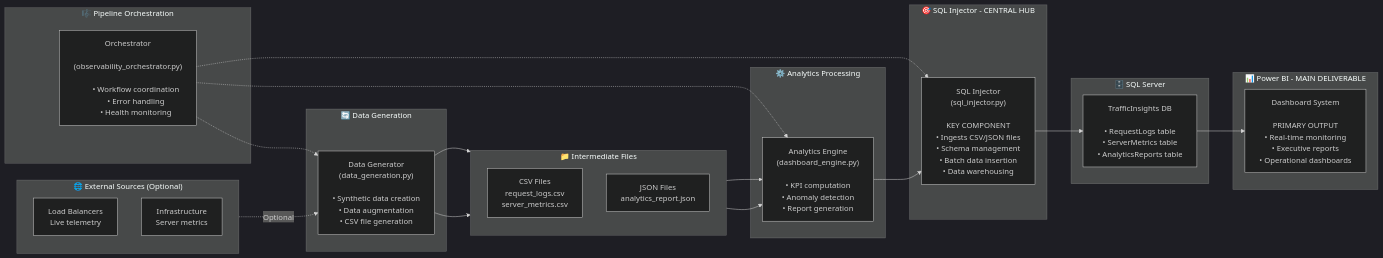
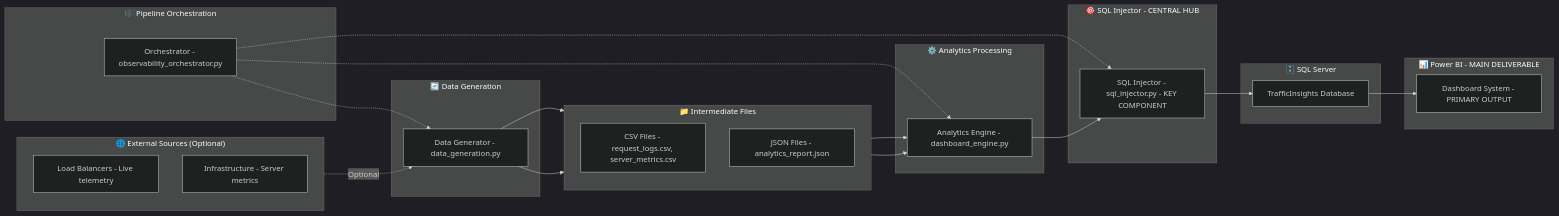
Before and after one commit to FCHEHIDI/Load-Balancer-Analytics-at-Hyperscale: the diagram in load-balancer-observability-dashboard/docs/architecture_overview.md, drawn with Mermaid (dark theme).

Commit message:
Fix unsupported markdown syntax in architecture Mermaid diagram
- Simplified all multi-line text in Mermaid nodes to single lines
- Removed problematic bullet points and line breaks in node definitions
- Improved markdown compatibility and preview rendering
- Maintained all essential information while fixing syntax issues

```diff
--- a/load-balancer-observability-dashboard/docs/architecture_overview.md
+++ b/load-balancer-observability-dashboard/docs/architecture_overview.md
@@ -72,81 +72,45 @@
     %% External Data Sources (Optional)
     subgraph EXTERNAL["🌐 External Sources (Optional)"]
         direction TB
-        LB["Load Balancers
-        Live telemetry"]
-        INFRA["Infrastructure
-        Server metrics"]
+        LB["Load Balancers - Live telemetry"]
+        INFRA["Infrastructure - Server metrics"]
     end
     
     %% Data Generation
     subgraph GENERATION["🔄 Data Generation"]
-        DG["Data Generator
-        (data_generation.py)
-        
-        • Synthetic data creation
-        • Data augmentation
-        • CSV file generation"]
+        DG["Data Generator - data_generation.py"]
     end
     
     %% Intermediate Files
     subgraph FILES["📁 Intermediate Files"]
         direction TB
-        CSV["CSV Files
-        request_logs.csv
-        server_metrics.csv"]
-        JSON["JSON Files
-        analytics_report.json"]
+        CSV["CSV Files - request_logs.csv, server_metrics.csv"]
+        JSON["JSON Files - analytics_report.json"]
     end
     
     %% Analytics Processing
     subgraph ANALYTICS["⚙️ Analytics Processing"]
-        AE["Analytics Engine
-        (dashboard_engine.py)
-        
-        • KPI computation
-        • Anomaly detection
-        • Report generation"]
+        AE["Analytics Engine - dashboard_engine.py"]
     end
     
     %% Central Hub - SQL Injector
     subgraph CENTRAL["🎯 SQL Injector - CENTRAL HUB"]
-        SI["SQL Injector
-        (sql_injector.py)
-        
-        KEY COMPONENT
-        • Ingests CSV/JSON files
-        • Schema management
-        • Batch data insertion
-        • Data warehousing"]
+        SI["SQL Injector - sql_injector.py - KEY COMPONENT"]
     end
     
     %% SQL Server Database
     subgraph DATABASE["🗄️ SQL Server"]
-        DB["TrafficInsights DB
-        
-        • RequestLogs table
-        • ServerMetrics table
-        • AnalyticsReports table"]
+        DB["TrafficInsights Database"]
     end
     
     %% Power BI - Main Deliverable
     subgraph POWERBI["📊 Power BI - MAIN DELIVERABLE"]
-        PBI["Dashboard System
-        
-        PRIMARY OUTPUT
-        • Real-time monitoring
-        • Executive reports
-        • Operational dashboards"]
+        PBI["Dashboard System - PRIMARY OUTPUT"]
     end
     
     %% Orchestration
     subgraph ORCHESTRATION["🎼 Pipeline Orchestration"]
-        OO["Orchestrator
-        (observability_orchestrator.py)
-        
-        • Workflow coordination
-        • Error handling
-        • Health monitoring"]
+        OO["Orchestrator - observability_orchestrator.py"]
     end
     
     %% LINEAR DATA FLOW
```
